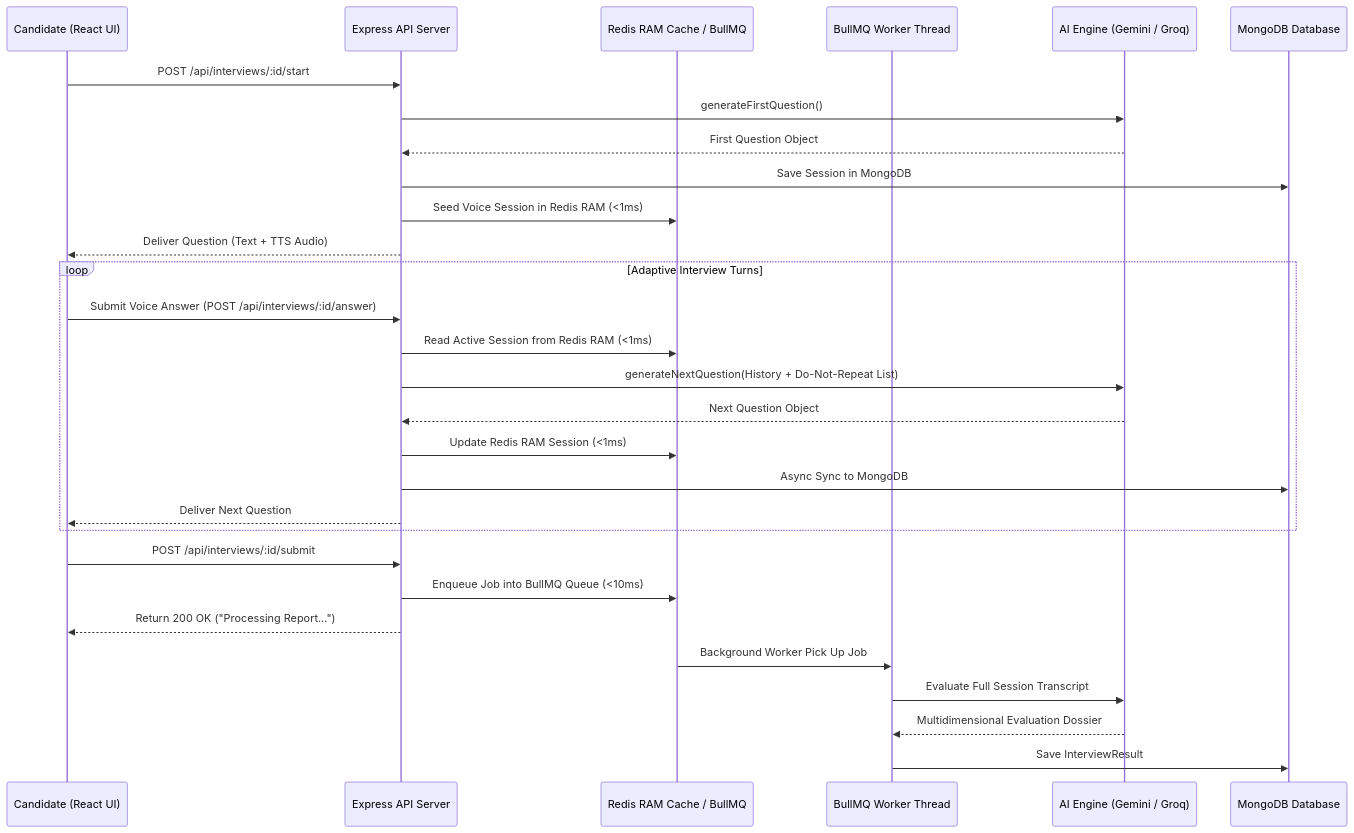
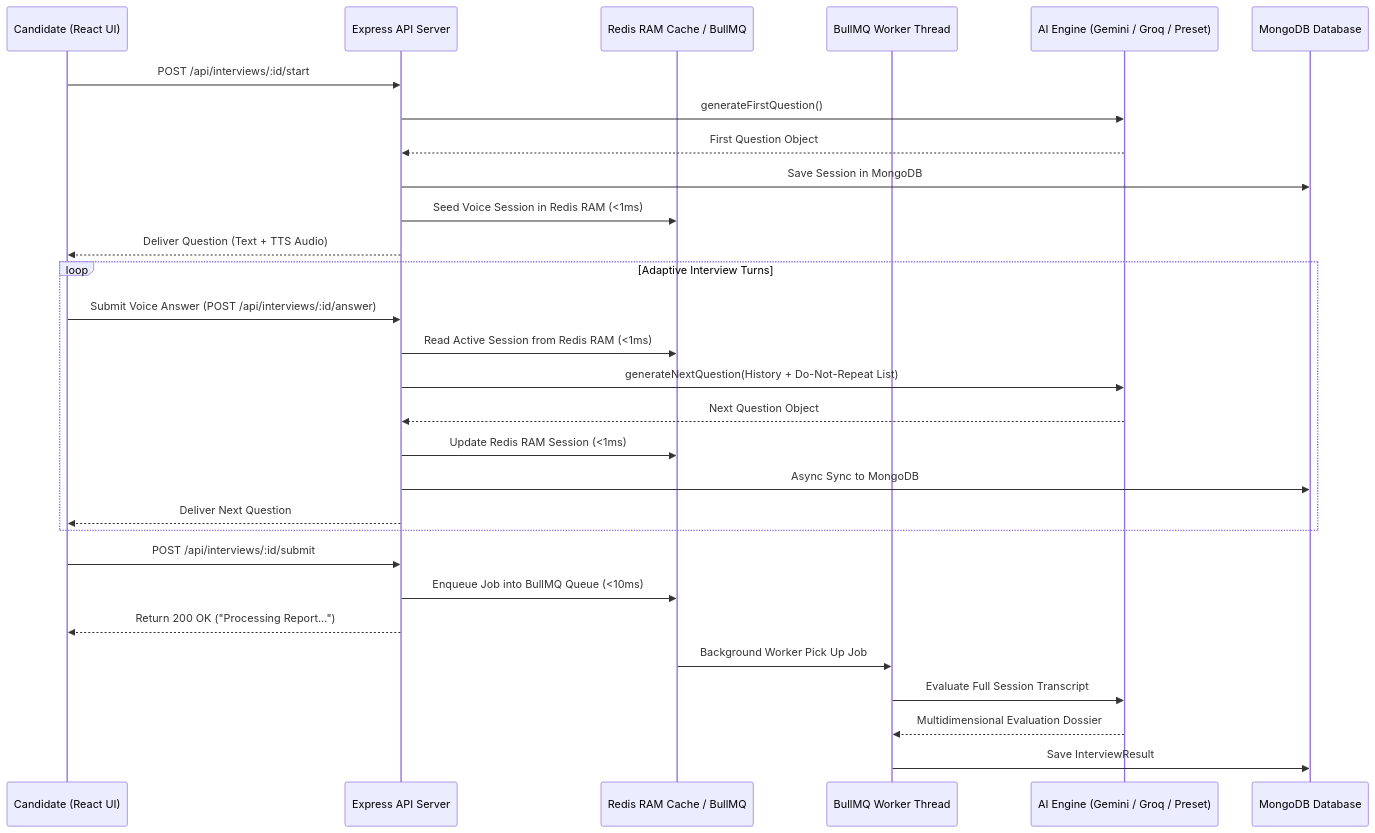
One commit to Amansinghhggg/AI-interviewer changed the diagram in README.md. Above: the diagram before and after it, drawn with Mermaid. The commit also changed other lines of this file and 10 other files, not shown here.

Commit message:
Add AI-Adaptive, Employer Preset, and Hybrid campaign modes - Add PresetQuestionProvider for custom question sequence execution - Add bulk CSV/JSON question bank upload modal with format guide

````diff
--- a/README.md
+++ b/README.md
@@ -105,37 +110,37 @@
 ```mermaid
 sequenceDiagram
     participant C as Candidate (React UI)
     participant S as Express API Server
     participant R as Redis RAM Cache / BullMQ
     participant W as BullMQ Worker Thread
-    participant Q as AI Engine (Gemini / Groq)
+    participant Q as AI Engine (Gemini / Groq / Preset)
     participant DB as MongoDB Database
 
     %% Session Start
     C->>S: POST /api/interviews/:id/start
     S->>Q: generateFirstQuestion()
     Q-->>S: First Question Object
     S->>DB: Save Session in MongoDB
     S->>R: Seed Voice Session in Redis RAM (<1ms)
     S-->>C: Deliver Question (Text + TTS Audio)
 
     %% Live Adaptive Loop
     loop Adaptive Interview Turns
         C->>S: Submit Voice Answer (POST /api/interviews/:id/answer)
         S->>R: Read Active Session from Redis RAM (<1ms)
         S->>Q: generateNextQuestion(History + Do-Not-Repeat List)
         Q-->>S: Next Question Object
         S->>R: Update Redis RAM Session (<1ms)
         S->>DB: Async Sync to MongoDB
         S-->>C: Deliver Next Question
     end
 
     %% Completion & Background Queue
     C->>S: POST /api/interviews/:id/submit
     S->>R: Enqueue Job into BullMQ Queue (<10ms)
     S-->>C: Return 200 OK ("Processing Report...")
     R->>W: Background Worker Pick Up Job
     W->>Q: Evaluate Full Session Transcript
     Q-->>W: Multidimensional Evaluation Dossier
     W->>DB: Save InterviewResult
 ```
````
